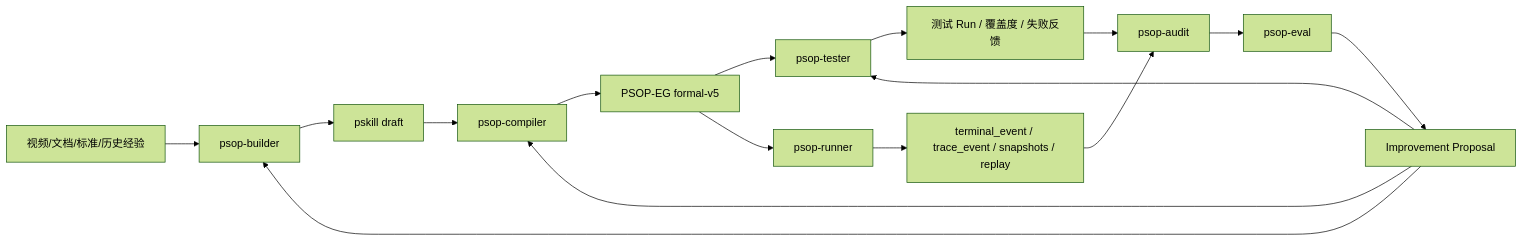
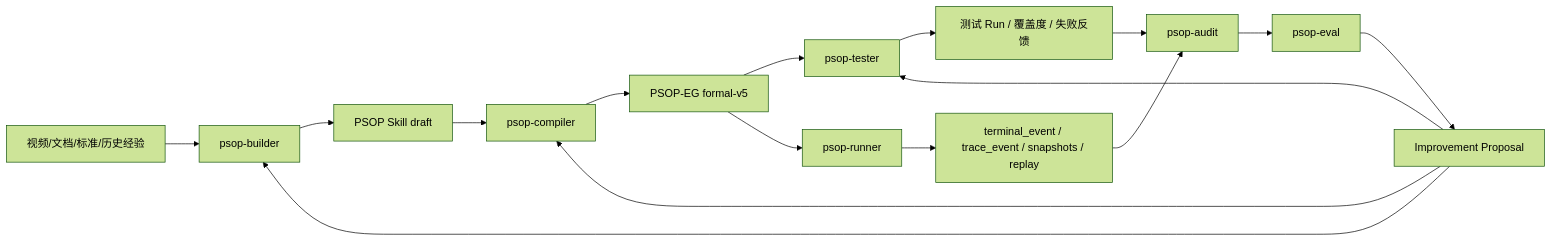
One commit to servforce/psop changed the diagram in vision.md. Above: the diagram before and after it, drawn with Mermaid (forest theme). The commit also changed other lines of this file, not shown here.

Commit message:
docs: unify PSOP Skill terminology in vision

````diff
--- a/vision.md
+++ b/vision.md
@@ -108,18 +107,18 @@
 ```mermaid
 flowchart LR
     Raw[视频/文档/标准/历史经验] --> Builder[psop-builder]
-    Builder --> PSkill[pskill draft]
-    PSkill --> Compiler[psop-compiler]
+    Builder --> Skill[PSOP Skill draft]
+    Skill --> Compiler[psop-compiler]
     Compiler --> EG[PSOP-EG formal-v5]
     EG --> Tester[psop-tester]
     Tester --> TestRuns[测试 Run / 覆盖度 / 失败反馈]
     EG --> Runner[psop-runner]
     Runner --> RunFacts[terminal_event / trace_event / snapshots / replay]
     TestRuns --> Audit[psop-audit]
     RunFacts --> Audit
     Audit --> Eval[psop-eval]
     Eval --> Proposal[Improvement Proposal]
     Proposal --> Builder
     Proposal --> Compiler
     Proposal --> Tester
 ```
````
